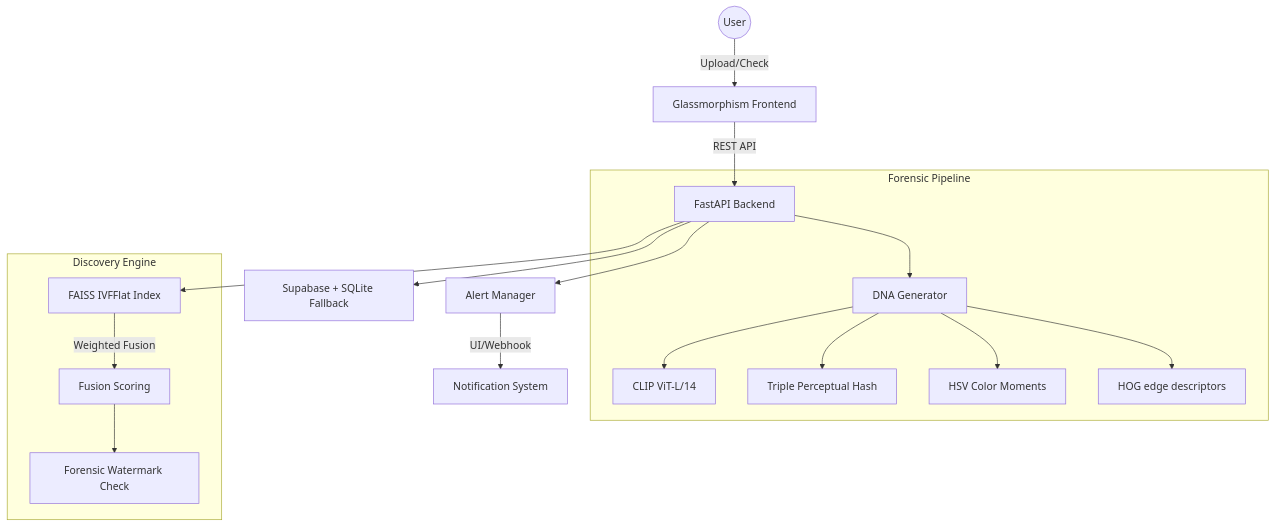
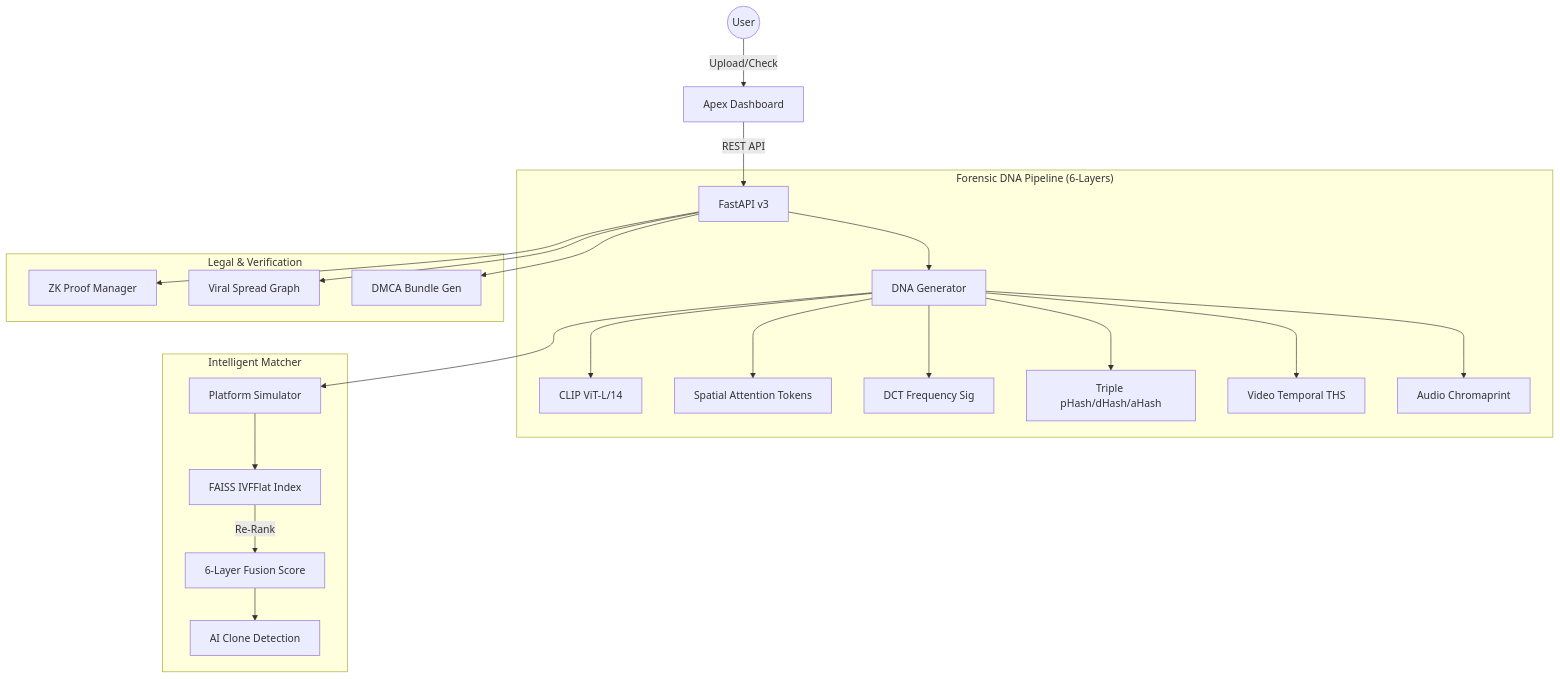
The diagram in README.md (shinchxn/Real-Time-tracking), drawn with Mermaid before and after one commit. The commit also changed other lines of this file and 18 other files, not shown here.

Commit message:
feat: upgrade to Content DNA v3 Apex Edition (6-layer DNA, THS, Audio, ZK-Proofs, Platform Simulator)

````diff
--- a/README.md
+++ b/README.md
@@ -27,23 +28,28 @@
 ```mermaid
 graph TD
-    User((User)) -->|Upload/Check| UI[Glassmorphism Frontend]
-    UI -->|REST API| API[FastAPI Backend]
+    User((User)) -->|Upload/Check| UI[Apex Dashboard]
+    UI -->|REST API| API[FastAPI v3]
     
-    subgraph "Forensic Pipeline"
+    subgraph "Forensic DNA Pipeline (6-Layers)"
         API --> DNA[DNA Generator]
         DNA --> CLIP[CLIP ViT-L/14]
-        DNA --> PHASH[Triple Perceptual Hash]
-        DNA --> COLOR[HSV Color Moments]
-        DNA --> HOG[HOG edge descriptors]
+        DNA --> SPATIAL[Spatial Attention Tokens]
+        DNA --> DCT[DCT Frequency Sig]
+        DNA --> PERCEPT[Triple pHash/dHash/aHash]
+        DNA --> VTHS[Video Temporal THS]
+        DNA --> AAUD[Audio Chromaprint]
     end
     
-    subgraph "Discovery Engine"
-        API --> VDB[FAISS IVFFlat Index]
-        VDB -->|Weighted Fusion| Match[Fusion Scoring]
-        Match --> Watermark[Forensic Watermark Check]
+    subgraph "Intelligent Matcher"
+        DNA --> SIM[Platform Simulator]
+        SIM --> VDB[FAISS IVFFlat Index]
+        VDB -->|Re-Rank| Match[6-Layer Fusion Score]
+        Match --> AI[AI Clone Detection]
     end
     
-    API --> DB[Supabase + SQLite Fallback]
-    API --> Alert[Alert Manager]
-    Alert -->|UI/Webhook| Notify[Notification System]
+    subgraph "Legal & Verification"
+        API --> ZK[ZK Proof Manager]
+        API --> Spread[Viral Spread Graph]
+        API --> DMCA[DMCA Bundle Gen]
+    end
 ```
````
